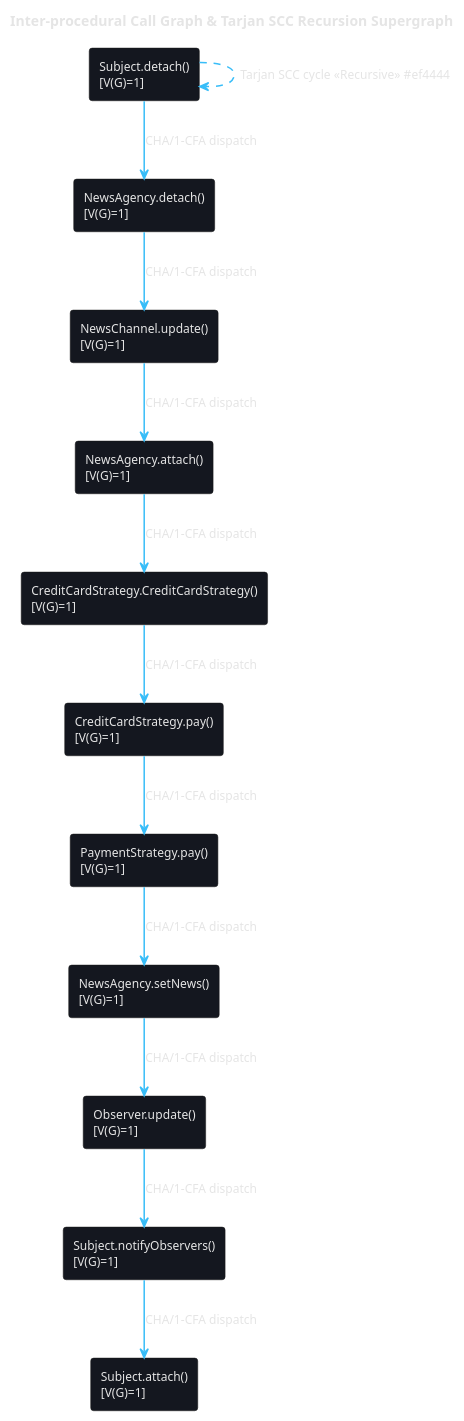
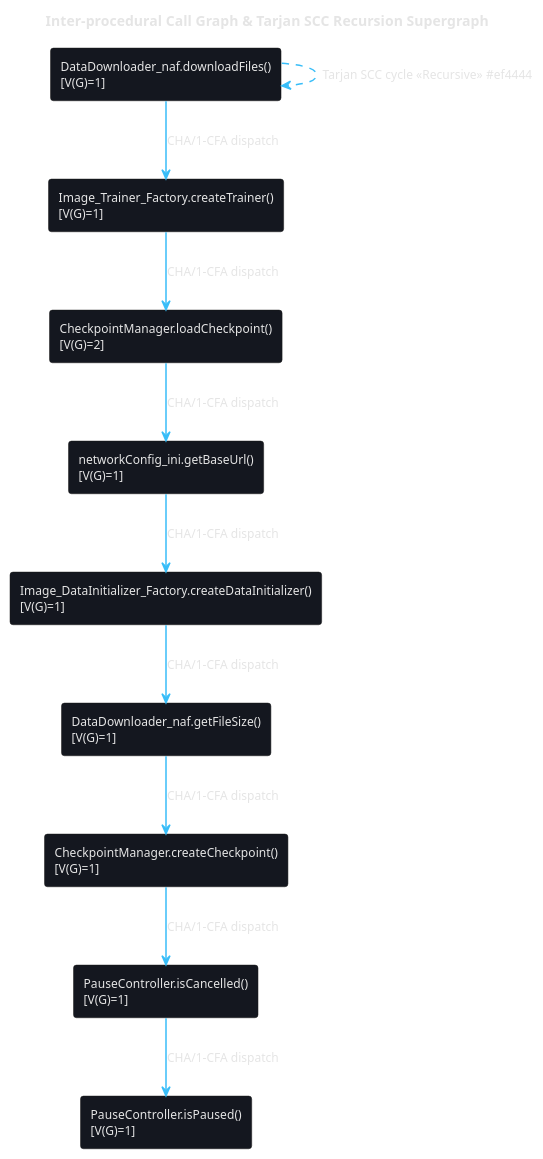
Before and after one commit to AhmadHassan-BTed/OpenHeart: the diagram in web/diagrams/callgraph.puml, drawn with PlantUML. The commit also changed 63 other files, not shown here.

Commit message:
refactor: replace placeholder design pattern diagrams with core application architecture and training workflows

```diff
--- a/web/diagrams/callgraph.puml
+++ b/web/diagrams/callgraph.puml
@@ -1,73 +1,73 @@
 @startuml
 skinparam backgroundColor transparent
 skinparam monochrome false
 skinparam shadowing false
 skinparam roundcorner 6
 skinparam defaultFontName "Space Grotesk", "Segoe UI", sans-serif
 skinparam defaultFontColor #e5e5e5
 skinparam defaultFontSize 12
 skinparam ArrowColor #38bdf8
 skinparam ArrowThickness 1.5
 skinparam packageStyle rectangle
 skinparam PackageBorderColor #facc15
 skinparam PackageBackgroundColor #0f141c
 skinparam PackageFontColor #facc15
 skinparam ClassBorderColor #38bdf8
 skinparam ClassBackgroundColor #14171f
 skinparam ClassHeaderBackgroundColor #1e2433
 skinparam ClassFontColor #ffffff
 skinparam ObjectBorderColor #38bdf8
 skinparam ObjectBackgroundColor #14171f
 skinparam ObjectFontColor #ffffff
 skinparam ComponentBorderColor #38bdf8
 skinparam ComponentBackgroundColor #14171f
 skinparam ComponentFontColor #ffffff
 skinparam NodeBorderColor #38bdf8
 skinparam NodeBackgroundColor #14171f
 skinparam NodeFontColor #ffffff
 skinparam StateBorderColor #38bdf8
 skinparam StateBackgroundColor #14171f
 skinparam StateFontColor #ffffff
 skinparam ActivityBorderColor #38bdf8
 skinparam ActivityBackgroundColor #14171f
 skinparam ActivityFontColor #ffffff
 skinparam SequenceLifeLineBorderColor #38bdf8
 skinparam SequenceLifeLineBackgroundColor #14171f
 skinparam SequenceGroupBorderColor #facc15
 skinparam SequenceGroupBackgroundColor #0f141c
 skinparam SequenceGroupFontColor #facc15
 skinparam ParticipantBorderColor #38bdf8
 skinparam ParticipantBackgroundColor #14171f
 skinparam ParticipantFontColor #ffffff
 skinparam ActorBorderColor #facc15
 skinparam ActorBackgroundColor #14171f
 skinparam ActorFontColor #ffffff
 skinparam UsecaseBorderColor #38bdf8
 skinparam UsecaseBackgroundColor #14171f
 skinparam UsecaseFontColor #ffffff
 
 title Inter-procedural Call Graph & Tarjan SCC Recursion Supergraph
 
-rectangle "NewsAgency.setNews()\n[V(G)=1]" as CG_NewsAgency_setNews #14171f
-rectangle "NewsAgency.attach()\n[V(G)=1]" as CG_NewsAgency_attach #14171f
-rectangle "NewsAgency.detach()\n[V(G)=1]" as CG_NewsAgency_detach #14171f
-rectangle "NewsChannel.update()\n[V(G)=1]" as CG_NewsChannel_update #14171f
-rectangle "Observer.update()\n[V(G)=1]" as CG_Observer_update #14171f
-rectangle "Subject.attach()\n[V(G)=1]" as CG_Subject_attach #14171f
-rectangle "Subject.detach()\n[V(G)=1]" as CG_Subject_detach #14171f
-rectangle "Subject.notifyObservers()\n[V(G)=1]" as CG_Subject_notifyObservers #14171f
-rectangle "CreditCardStrategy.CreditCardStrategy()\n[V(G)=1]" as CG_CreditCardStrategy_CreditCardStrategy #14171f
-rectangle "CreditCardStrategy.pay()\n[V(G)=1]" as CG_CreditCardStrategy_pay #14171f
-rectangle "PaymentStrategy.pay()\n[V(G)=1]" as CG_PaymentStrategy_pay #14171f
-CG_Subject_detach --> CG_NewsAgency_detach : CHA/1-CFA dispatch
-CG_NewsAgency_detach --> CG_NewsChannel_update : CHA/1-CFA dispatch
-CG_NewsChannel_update --> CG_NewsAgency_attach : CHA/1-CFA dispatch
-CG_NewsAgency_attach --> CG_CreditCardStrategy_CreditCardStrategy : CHA/1-CFA dispatch
-CG_CreditCardStrategy_CreditCardStrategy --> CG_CreditCardStrategy_pay : CHA/1-CFA dispatch
-CG_CreditCardStrategy_pay --> CG_PaymentStrategy_pay : CHA/1-CFA dispatch
-CG_PaymentStrategy_pay --> CG_NewsAgency_setNews : CHA/1-CFA dispatch
-CG_NewsAgency_setNews --> CG_Observer_update : CHA/1-CFA dispatch
-CG_Observer_update --> CG_Subject_notifyObservers : CHA/1-CFA dispatch
-CG_Subject_notifyObservers --> CG_Subject_attach : CHA/1-CFA dispatch
-CG_Subject_detach ..> CG_Subject_detach : Tarjan SCC cycle <<Recursive>> #ef4444
+rectangle "Image_DataInitializer_Factory.createDataInitializer()\n[V(G)=1]" as CG_Image_DataInitializer_Factory_createDataInitializer #14171f
+rectangle "Image_DataInitializer_Factory.createDataInitializer()\n[V(G)=1]" as CG_Image_DataInitializer_Factory_createDataInitializer #14171f
+rectangle "Image_Trainer_Factory.createTrainer()\n[V(G)=1]" as CG_Image_Trainer_Factory_createTrainer #14171f
+rectangle "Image_Trainer_Factory.createTrainer()\n[V(G)=1]" as CG_Image_Trainer_Factory_createTrainer #14171f
+rectangle "CheckpointManager.createCheckpoint()\n[V(G)=1]" as CG_CheckpointManager_createCheckpoint #14171f
+rectangle "CheckpointManager.loadCheckpoint()\n[V(G)=2]" as CG_CheckpointManager_loadCheckpoint #14171f
+rectangle "CheckpointManager.createCheckpoint()\n[V(G)=1]" as CG_CheckpointManager_createCheckpoint #14171f
+rectangle "networkConfig_ini.getBaseUrl()\n[V(G)=1]" as CG_networkConfig_ini_getBaseUrl #14171f
+rectangle "DataDownloader_naf.downloadFiles()\n[V(G)=1]" as CG_DataDownloader_naf_downloadFiles #14171f
+rectangle "DataDownloader_naf.downloadFiles()\n[V(G)=1]" as CG_DataDownloader_naf_downloadFiles #14171f
+rectangle "DataDownloader_naf.getFileSize()\n[V(G)=1]" as CG_DataDownloader_naf_getFileSize #14171f
+rectangle "PauseController.isPaused()\n[V(G)=1]" as CG_PauseController_isPaused #14171f
+rectangle "PauseController.isCancelled()\n[V(G)=1]" as CG_PauseController_isCancelled #14171f
+CG_DataDownloader_naf_downloadFiles --> CG_Image_Trainer_Factory_createTrainer : CHA/1-CFA dispatch
+CG_Image_Trainer_Factory_createTrainer --> CG_CheckpointManager_loadCheckpoint : CHA/1-CFA dispatch
+CG_CheckpointManager_loadCheckpoint --> CG_networkConfig_ini_getBaseUrl : CHA/1-CFA dispatch
+CG_networkConfig_ini_getBaseUrl --> CG_Image_DataInitializer_Factory_createDataInitializer : CHA/1-CFA dispatch
+CG_Image_DataInitializer_Factory_createDataInitializer --> CG_DataDownloader_naf_getFileSize : CHA/1-CFA dispatch
+CG_DataDownloader_naf_getFileSize --> CG_CheckpointManager_createCheckpoint : CHA/1-CFA dispatch
+CG_CheckpointManager_createCheckpoint --> CG_PauseController_isCancelled : CHA/1-CFA dispatch
+CG_PauseController_isCancelled --> CG_PauseController_isPaused : CHA/1-CFA dispatch
+CG_DataDownloader_naf_downloadFiles ..> CG_DataDownloader_naf_downloadFiles : Tarjan SCC cycle <<Recursive>> #ef4444
 @enduml
```
